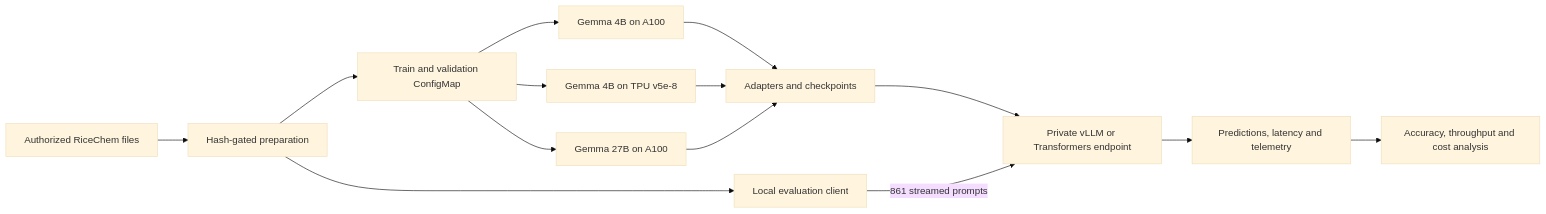
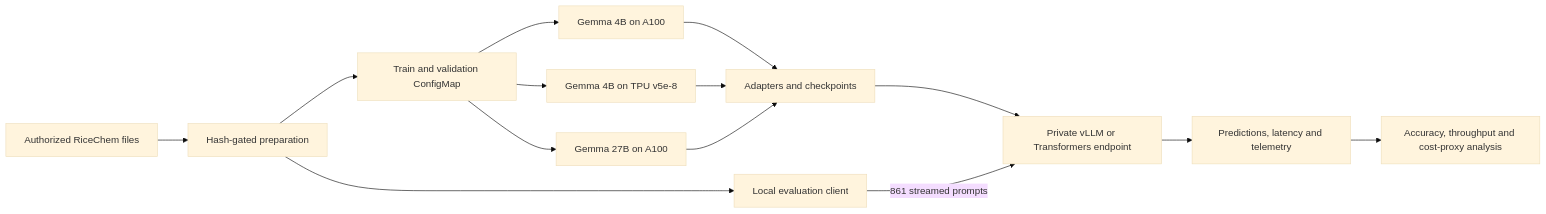
The diagram in README.md (seanyepez/me344ricechem), drawn with Mermaid (base theme) before and after one commit. The commit also changed other lines of this file and 50 other files, not shown here.

````diff
--- a/README.md
+++ b/README.md
@@ -22,16 +80,16 @@
 ```mermaid
 flowchart LR
     A[Authorized RiceChem files] --> B[Hash-gated preparation]
     B --> C[Train and validation ConfigMap]
     B --> D[Local evaluation client]
     C --> E[Gemma 4B on A100]
     C --> F[Gemma 4B on TPU v5e-8]
     C --> G[Gemma 27B on A100]
     E --> H[Adapters and checkpoints]
     F --> H
     G --> H
     H --> I[Private vLLM or Transformers endpoint]
     D -->|861 streamed prompts| I
     I --> J[Predictions, latency and telemetry]
-    J --> K[Accuracy, throughput and cost analysis]
+    J --> K[Accuracy, throughput and cost-proxy analysis]
 ```
````
